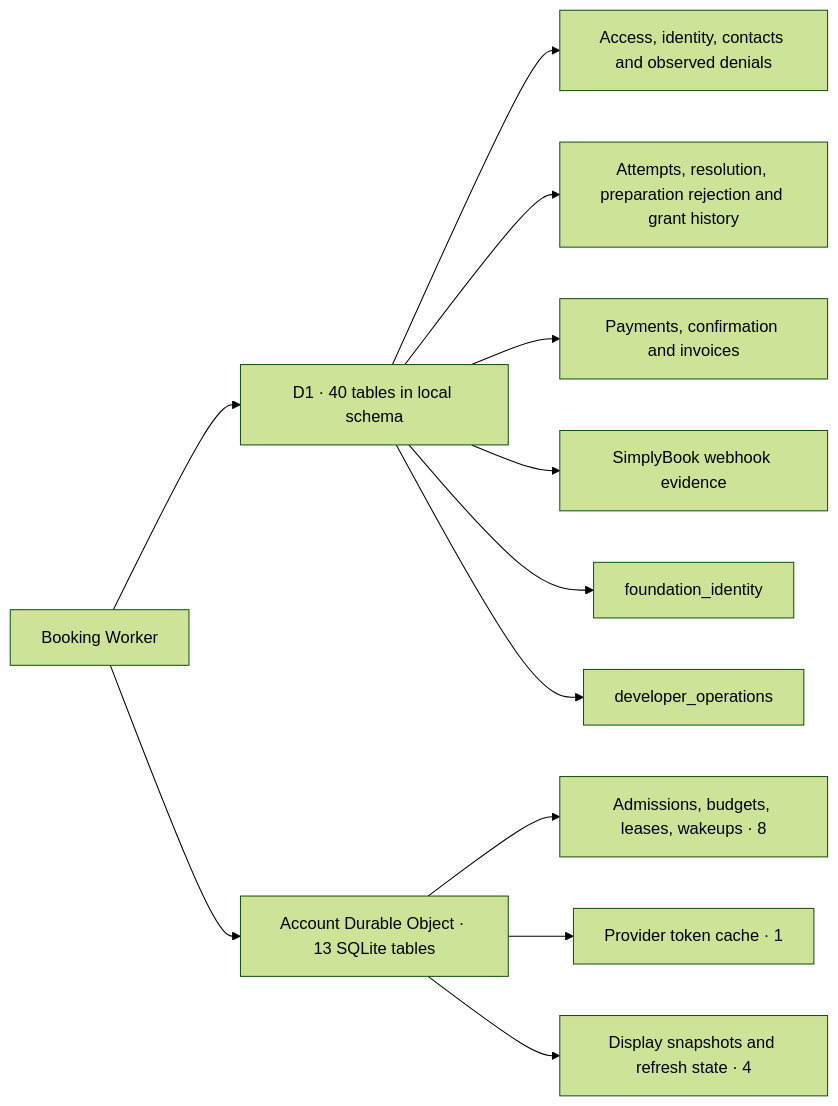
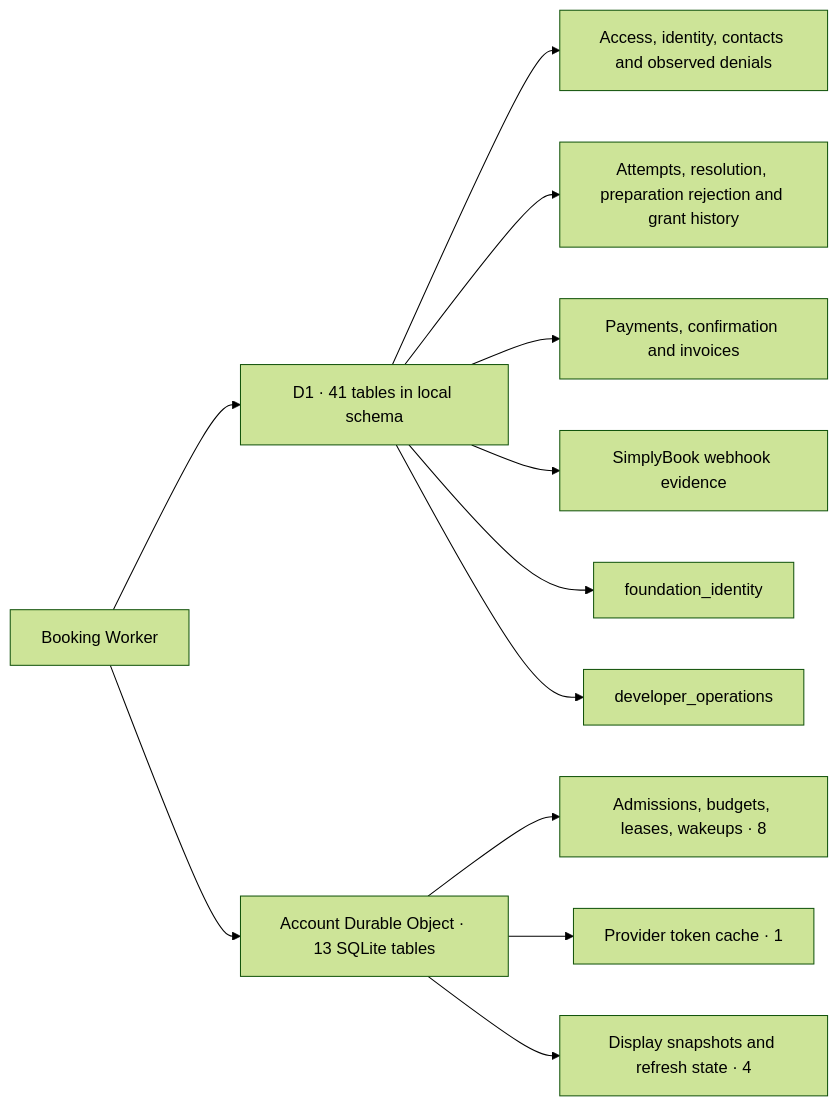
One commit to soccerbotstudiosg/soccerbotstudioSG changed the first of 8 diagrams in docs/architecture/database-schema.md. Above: the diagram before and after it, drawn with Mermaid (forest theme). The commit also changed other lines of this file and 45 other files, not shown here.

````diff
--- a/docs/architecture/database-schema.md
+++ b/docs/architecture/database-schema.md
@@ -17,14 +17,14 @@
 ```mermaid
 flowchart LR
-  Worker["Booking Worker"] --> D1["D1 · 40 tables in local schema"]
+  Worker["Booking Worker"] --> D1["D1 · 41 tables in local schema"]
   Worker --> DO["Account Durable Object · 13 SQLite tables"]
   D1 --> Identity["Access, identity, contacts and observed denials"]
   D1 --> Booking["Attempts, resolution, preparation rejection and grant history"]
   D1 --> Payment["Payments, confirmation and invoices"]
   D1 --> Webhook["SimplyBook webhook evidence"]
   D1 --> foundation_identity["foundation_identity"]
   D1 --> developer_operations["developer_operations"]
   DO --> Coordination["Admissions, budgets, leases, wakeups · 8"]
   DO --> Tokens["Provider token cache · 1"]
   DO --> Display["Display snapshots and refresh state · 4"]
 ```
````
